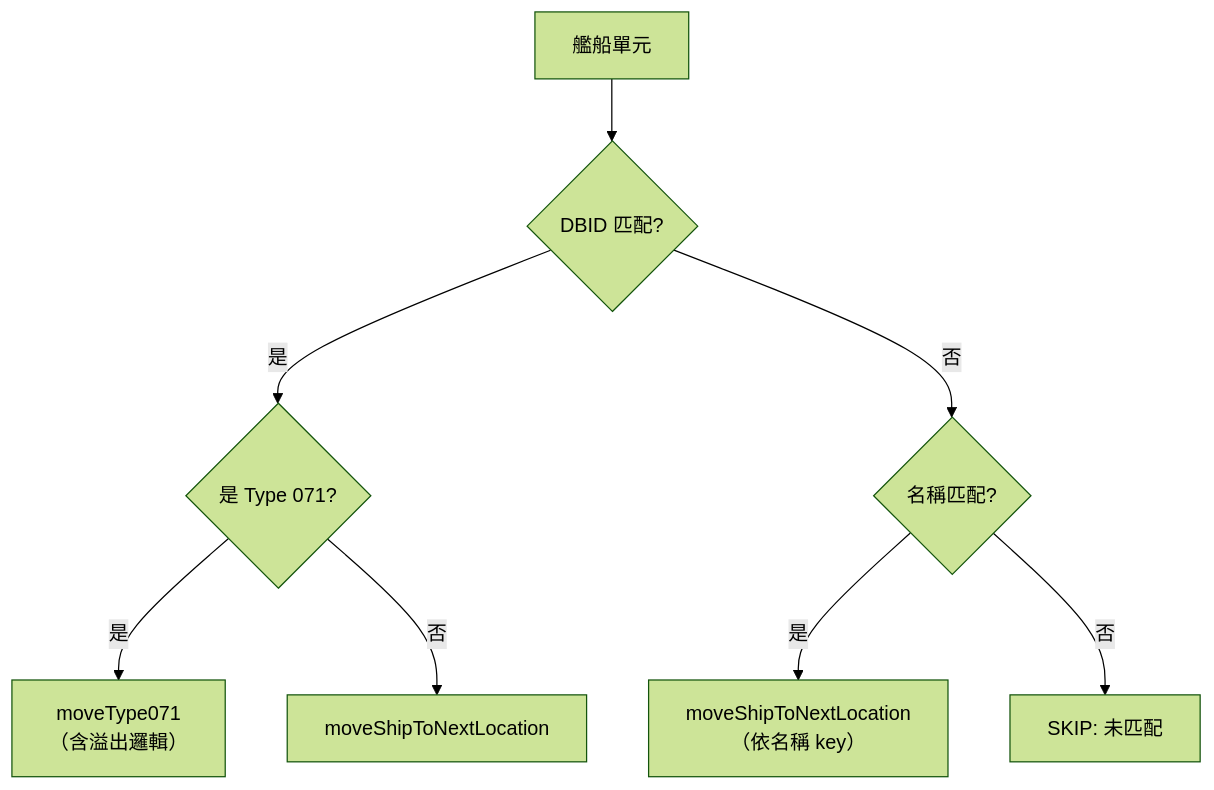
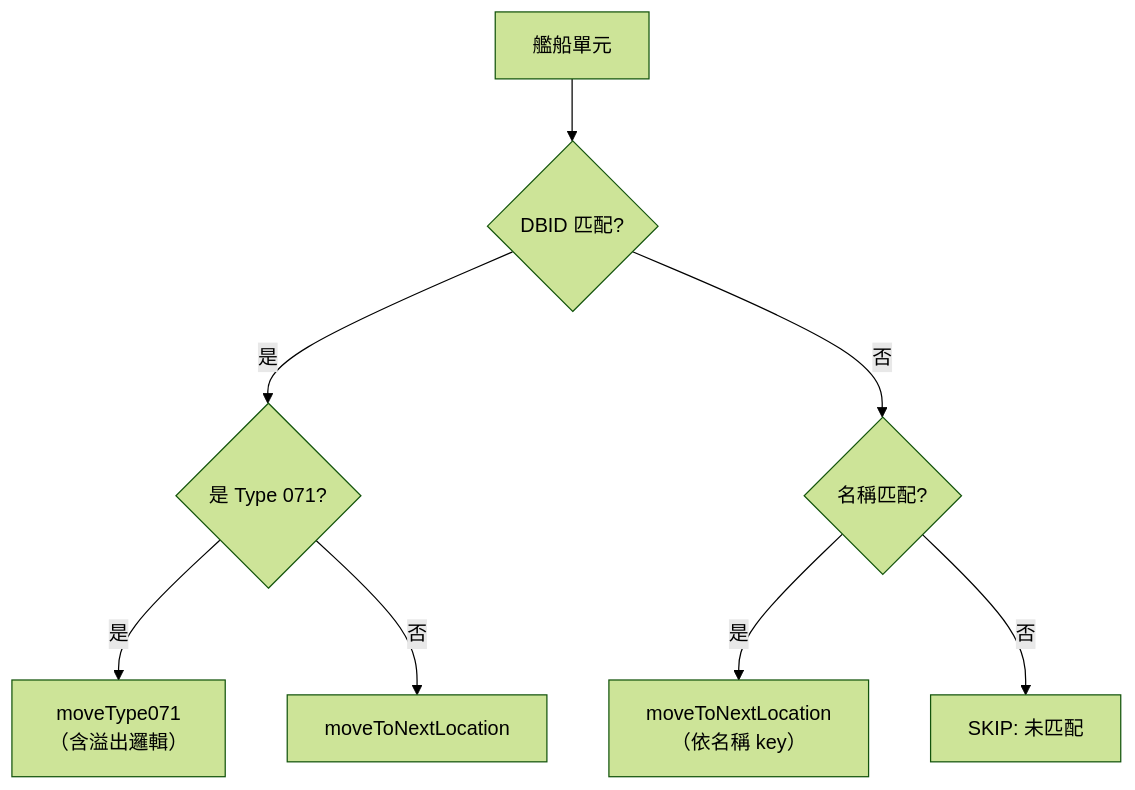
One commit to pullupjumper/formosa-in-flames changed the second of 2 diagrams in docs/landingOps/shipMovement.md. Above: the diagram before and after it, drawn with Mermaid (forest theme). The commit also changed other lines of this file and 2 other files, not shown here.

First line of the commit message:
refactor(landingOps): simplify shipMovement with unified SHIP_ROWS and move context

````diff
--- a/docs/landingOps/shipMovement.md
+++ b/docs/landingOps/shipMovement.md
@@ -84,19 +84,19 @@
 ```mermaid
 flowchart TD
     UNIT["艦船單元"]
     DBID_CHECK{DBID 匹配?}
     IS_071{是 Type 071?}
     NAME_CHECK{名稱匹配?}
     MOVE_071["moveType071<br>（含溢出邏輯）"]
-    MOVE_NORMAL["moveShipToNextLocation"]
-    MOVE_NAME["moveShipToNextLocation<br>（依名稱 key）"]
+    MOVE_NORMAL["moveToNextLocation"]
+    MOVE_NAME["moveToNextLocation<br>（依名稱 key）"]
     SKIP["SKIP: 未匹配"]
 
     UNIT --> DBID_CHECK
     DBID_CHECK -->|是| IS_071
     IS_071 -->|是| MOVE_071
     IS_071 -->|否| MOVE_NORMAL
     DBID_CHECK -->|否| NAME_CHECK
     NAME_CHECK -->|是| MOVE_NAME
     NAME_CHECK -->|否| SKIP
 ```
````
